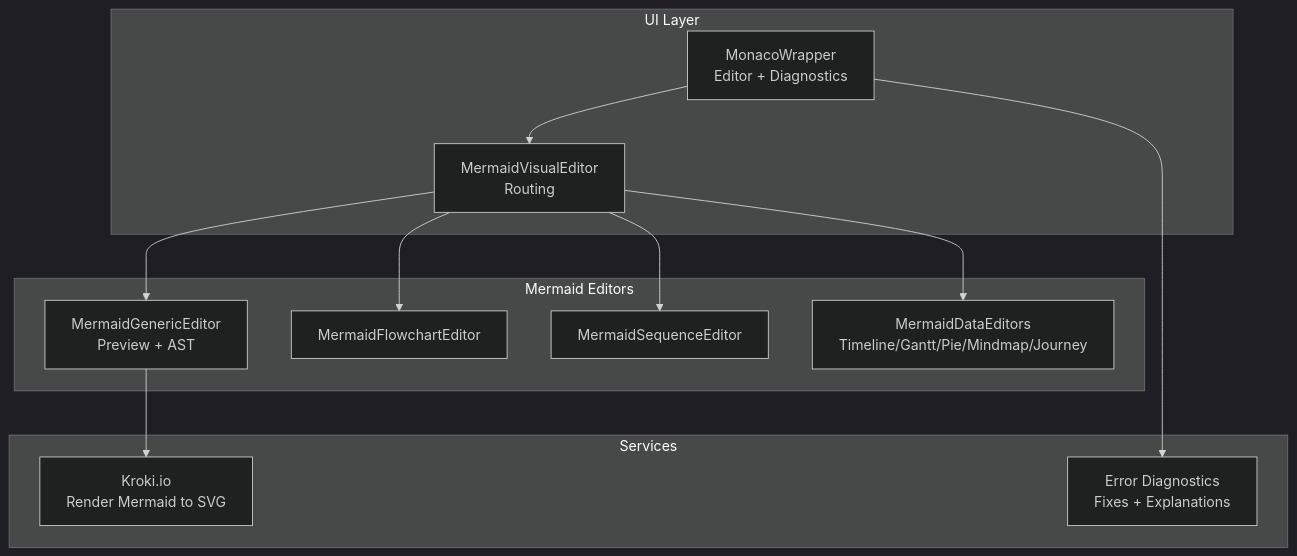
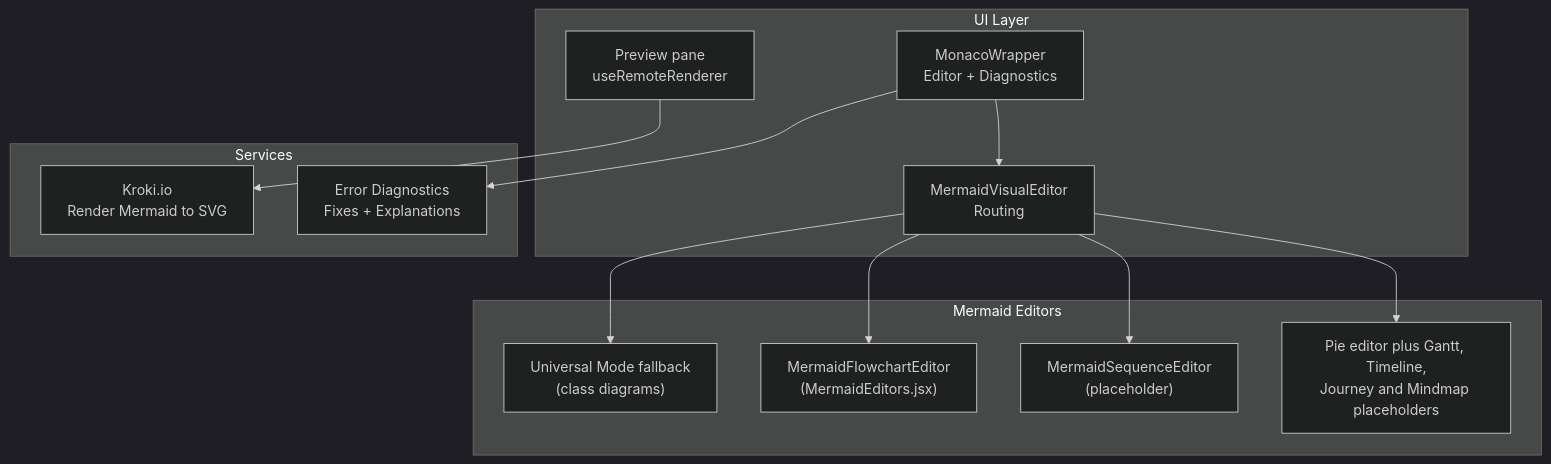
The first of 6 diagrams in .qoder/repowiki/en/content/Diagram Types and Formats/Mermaid Diagrams/Class Diagrams.md (ongchonghian/universal-diagram-editor), drawn with Mermaid (dark theme) before and after one commit. The commit also changed other lines of this file and 31 other files, not shown here.

````diff
--- a/.qoder/repowiki/en/content/Diagram Types and Formats/Mermaid Diagrams/Class Diagrams.md
+++ b/.qoder/repowiki/en/content/Diagram Types and Formats/Mermaid Diagrams/Class Diagrams.md
@@ -39,24 +36,25 @@
 ```mermaid
 graph TB
 subgraph "UI Layer"
 MW["MonacoWrapper<br/>Editor + Diagnostics"]
 MVE["MermaidVisualEditor<br/>Routing"]
+PRE["Preview pane<br/>useRemoteRenderer"]
 end
 subgraph "Mermaid Editors"
-MGE["MermaidGenericEditor<br/>Preview + AST"]
-MFE["MermaidFlowchartEditor"]
-MSE["MermaidSequenceEditor"]
-MDE["MermaidDataEditors<br/>Timeline/Gantt/Pie/Mindmap/Journey"]
+MGE["Universal Mode fallback<br/>(class diagrams)"]
+MFE["MermaidFlowchartEditor<br/>(MermaidEditors.jsx)"]
+MSE["MermaidSequenceEditor<br/>(placeholder)"]
+MDE["Pie editor plus Gantt, Timeline,<br/>Journey and Mindmap placeholders"]
 end
 subgraph "Services"
 KROKI["Kroki.io<br/>Render Mermaid to SVG"]
 DIAG["Error Diagnostics<br/>Fixes + Explanations"]
 end
 MW --> MVE
 MVE --> MGE
 MVE --> MFE
 MVE --> MSE
 MVE --> MDE
-MGE --> KROKI
 MW --> DIAG
+PRE --> KROKI
 ```
````
